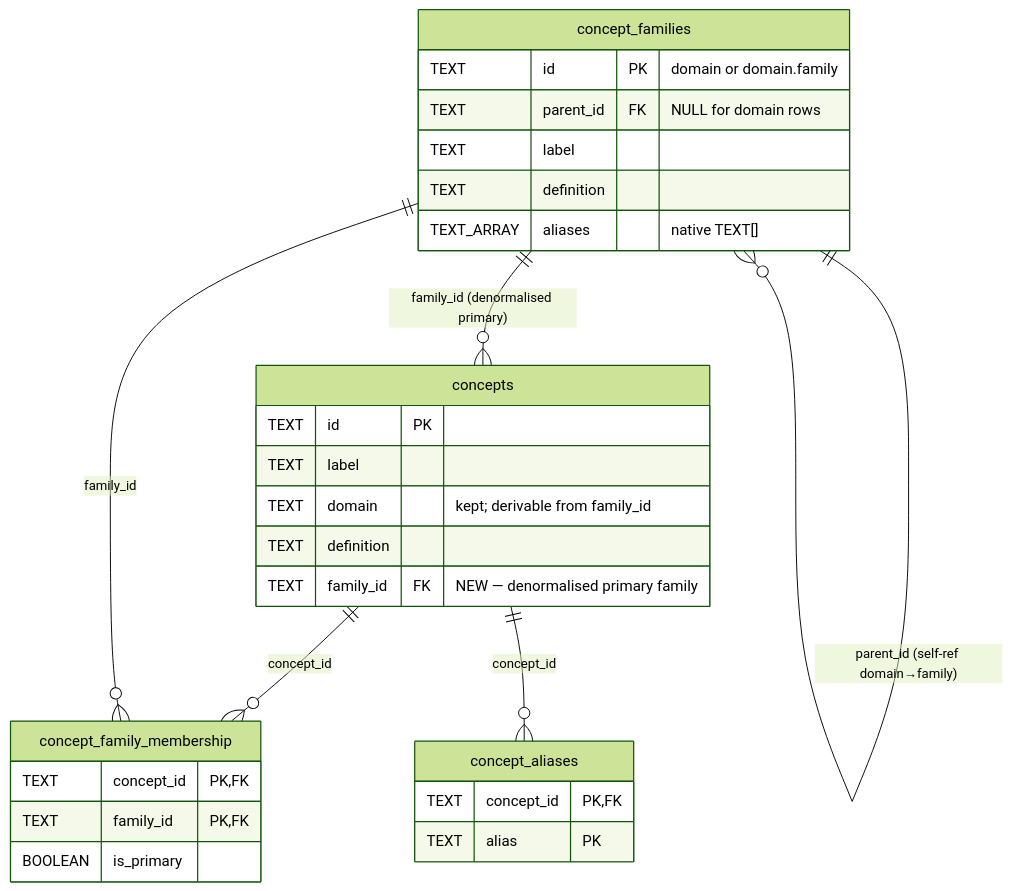
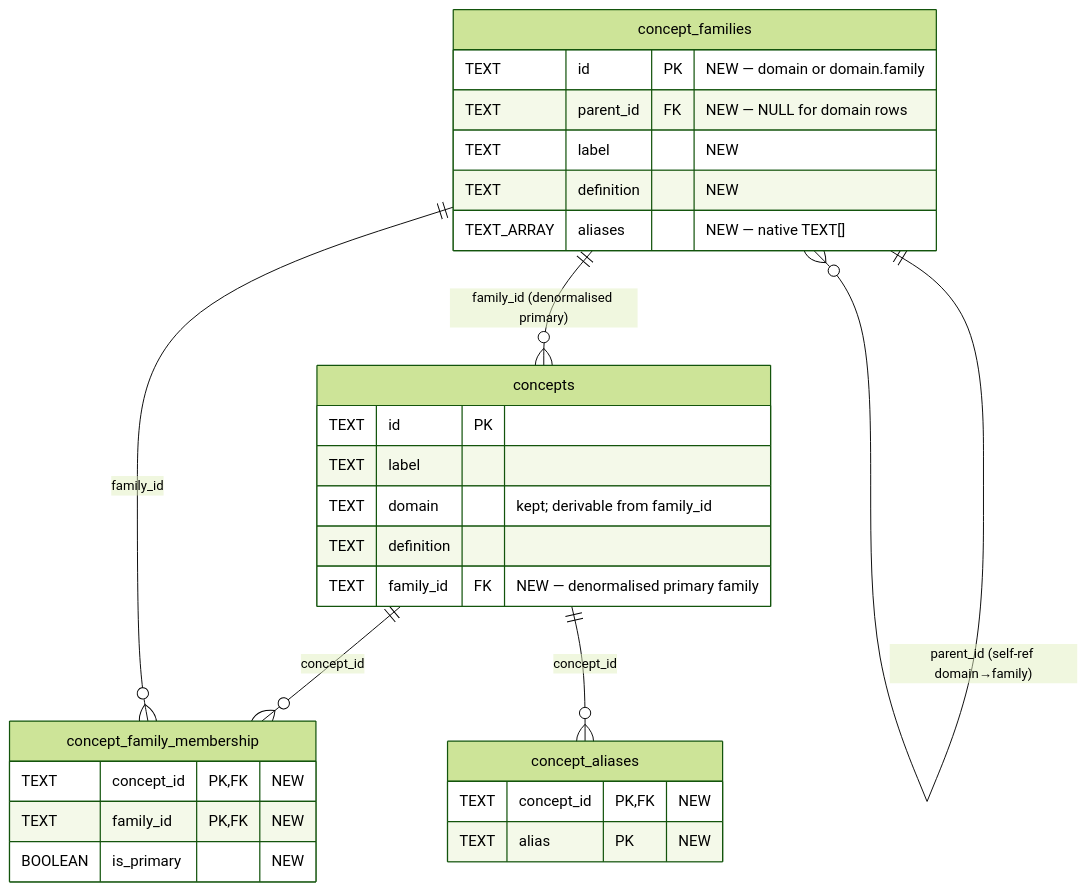
Before and after one commit to 4-R-C-4-N-4/guru: the fifth of 6 diagrams in docs/concept-hierarchy/schema-diagrams.md, drawn with Mermaid (forest theme). The commit also changed other lines of this file and 10 other files, not shown here.

First line of the commit message:
concept-hierarchy: restructure schema diagrams to one consolidated view

````diff
--- a/docs/concept-hierarchy/schema-diagrams.md
+++ b/docs/concept-hierarchy/schema-diagrams.md
@@ -255,35 +201,35 @@
 ```mermaid
 erDiagram
     concepts {
         TEXT id PK
         TEXT label
         TEXT domain "kept; derivable from family_id"
         TEXT definition
         TEXT family_id FK "NEW — denormalised primary family"
     }
 
     concept_families {
-        TEXT id PK "domain or domain.family"
-        TEXT parent_id FK "NULL for domain rows"
-        TEXT label
-        TEXT definition
-        TEXT_ARRAY aliases "native TEXT[]"
+        TEXT id PK "NEW — domain or domain.family"
+        TEXT parent_id FK "NEW — NULL for domain rows"
+        TEXT label "NEW"
+        TEXT definition "NEW"
+        TEXT_ARRAY aliases "NEW — native TEXT[]"
     }
 
     concept_family_membership {
-        TEXT concept_id PK, FK
-        TEXT family_id PK, FK
-        BOOLEAN is_primary
+        TEXT concept_id PK, FK "NEW"
+        TEXT family_id PK, FK "NEW"
+        BOOLEAN is_primary "NEW"
     }
 
     concept_aliases {
-        TEXT concept_id PK, FK
-        TEXT alias PK
+        TEXT concept_id PK, FK "NEW"
+        TEXT alias PK "NEW"
     }
 
     concept_families ||--o{ concept_families : "parent_id (self-ref domain→family)"
     concept_families ||--o{ concepts : "family_id (denormalised primary)"
     concepts ||--o{ concept_family_membership : "concept_id"
     concept_families ||--o{ concept_family_membership : "family_id"
     concepts ||--o{ concept_aliases : "concept_id"
 ```
````
